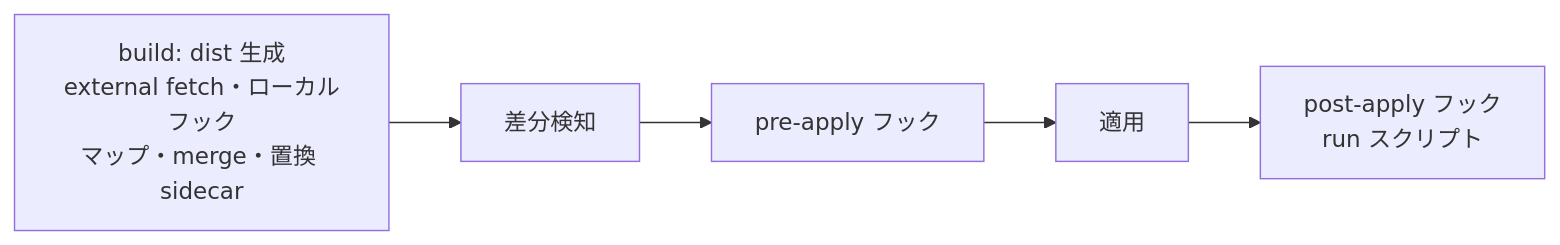
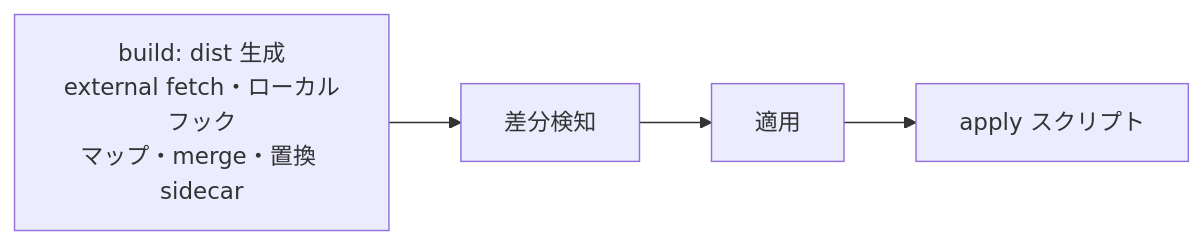
One commit to CatBraaain/dotfiles changed the diagram in scripts/SPEC.md. Above: the diagram before and after it, drawn with Mermaid. The commit also changed other lines of this file and 22 other files, not shown here.

First line of the commit message:
refactor: rename run scripts to *.apply.<ext> and drop pre/post-apply hooks

````diff
--- a/scripts/SPEC.md
+++ b/scripts/SPEC.md
@@ -14,7 +14,6 @@
 ```mermaid
 flowchart LR
   A[build: dist 生成<br>external fetch・ローカルフック<br>マップ・merge・置換 sidecar] --> B[差分検知]
-  B --> C[pre-apply フック]
-  C --> D[適用]
-  D --> E[post-apply フック<br>run スクリプト]
+  B --> D[適用]
+  D --> E[apply スクリプト]
 ```
````
